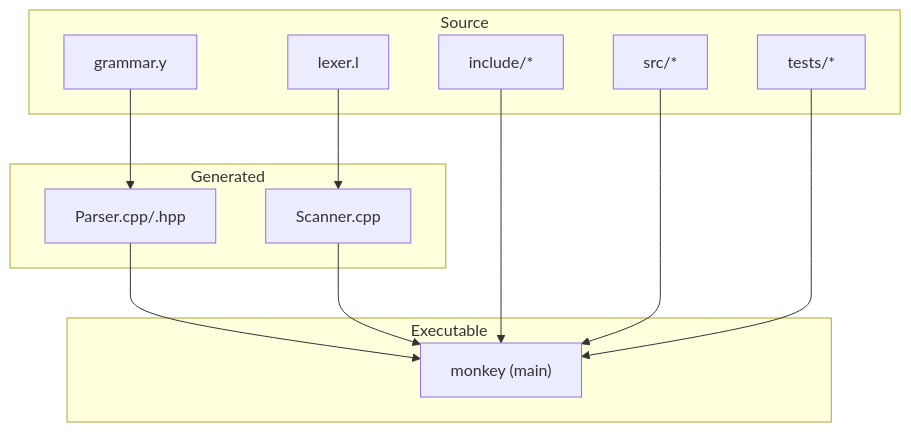
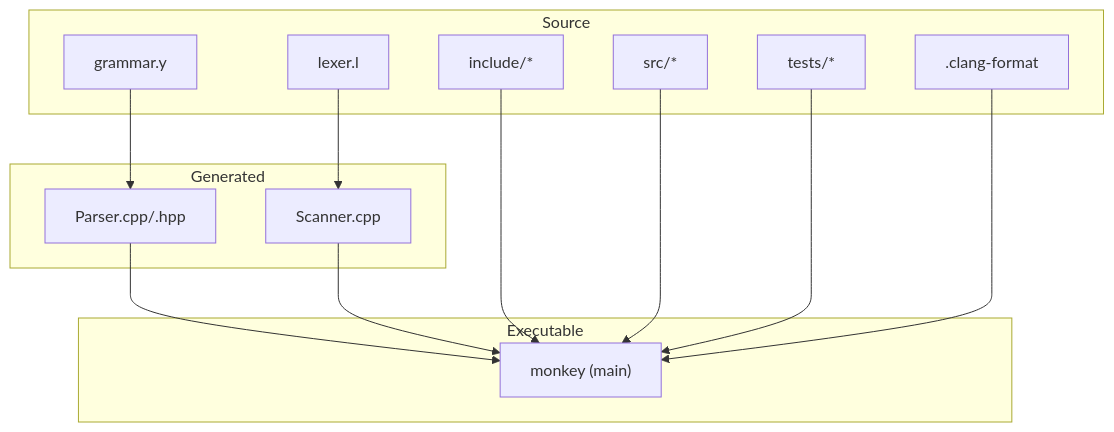
The first of 3 diagrams in .qoder/repowiki/en/content/Development Guide.md (littlebirds/modern_bision), drawn with Mermaid before and after one commit. The commit also changed other lines of this file and 3 other files, not shown here.

````diff
--- a/.qoder/repowiki/en/content/Development Guide.md
+++ b/.qoder/repowiki/en/content/Development Guide.md
@@ -52,24 +63,26 @@
 ```mermaid
 graph TB
 subgraph "Source"
 G["grammar.y"]
 L["lexer.l"]
 H["include/*"]
 S["src/*"]
 T["tests/*"]
+F[".clang-format"]
 end
 subgraph "Generated"
 P["Parser.cpp/.hpp"]
 SC["Scanner.cpp"]
 end
 subgraph "Executable"
 M["monkey (main)"]
 end
 G --> P
 L --> SC
 P --> M
 SC --> M
 H --> M
 S --> M
 T --> M
+F --> M
 ```
````
